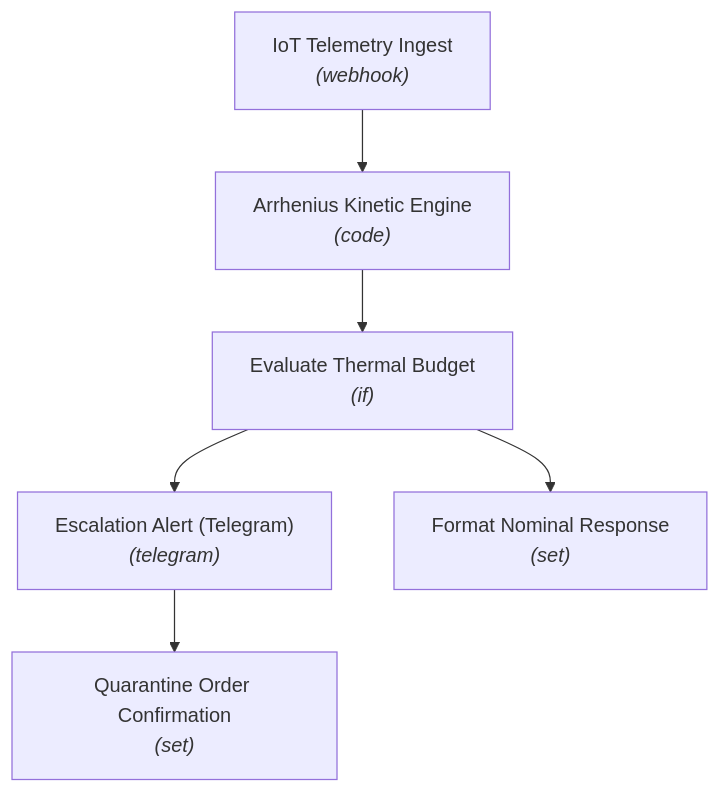
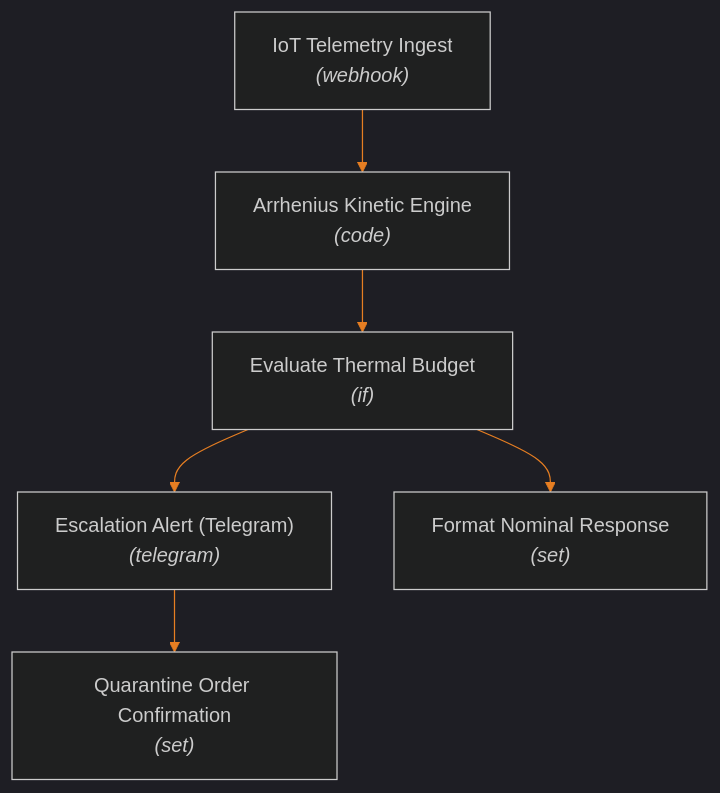
The diagram in README.md (abderrahman-ai/cold-chain-vaccine-degradation-alerting), drawn with Mermaid before and after one commit. The commit also changed other lines of this file, not shown here.

Commit message:
style: update README with premium dark-mode architecture & custom design

````diff
--- a/README.md
+++ b/README.md
@@ -33,14 +64,15 @@
 ```mermaid
+%%{init: {'theme': 'dark', 'themeVariables': {'primaryColor': '#1a1a2e', 'primaryTextColor': '#e0e0e0', 'primaryBorderColor': '#E67E22', 'lineColor': '#E67E22', 'secondaryColor': '#16213e', 'edgeLabelBackground': '#0d0d0d', 'clusterBkg': '#0d0d0d'}}}%%
 graph TD
     IoT_Telemetry_Ingest["IoT Telemetry Ingest<br/><i>(webhook)</i>"]
     Arrhenius_Kinetic_Engine["Arrhenius Kinetic Engine<br/><i>(code)</i>"]
     Evaluate_Thermal_Budget["Evaluate Thermal Budget<br/><i>(if)</i>"]
     Escalation_Alert_Telegram["Escalation Alert (Telegram)<br/><i>(telegram)</i>"]
     Format_Nominal_Response["Format Nominal Response<br/><i>(set)</i>"]
     Quarantine_Order_Confirmation["Quarantine Order Confirmation<br/><i>(set)</i>"]
     Arrhenius_Kinetic_Engine --> Evaluate_Thermal_Budget
     Escalation_Alert_Telegram --> Quarantine_Order_Confirmation
     Evaluate_Thermal_Budget --> Escalation_Alert_Telegram
     Evaluate_Thermal_Budget --> Format_Nominal_Response
     IoT_Telemetry_Ingest --> Arrhenius_Kinetic_Engine
 ```
````
